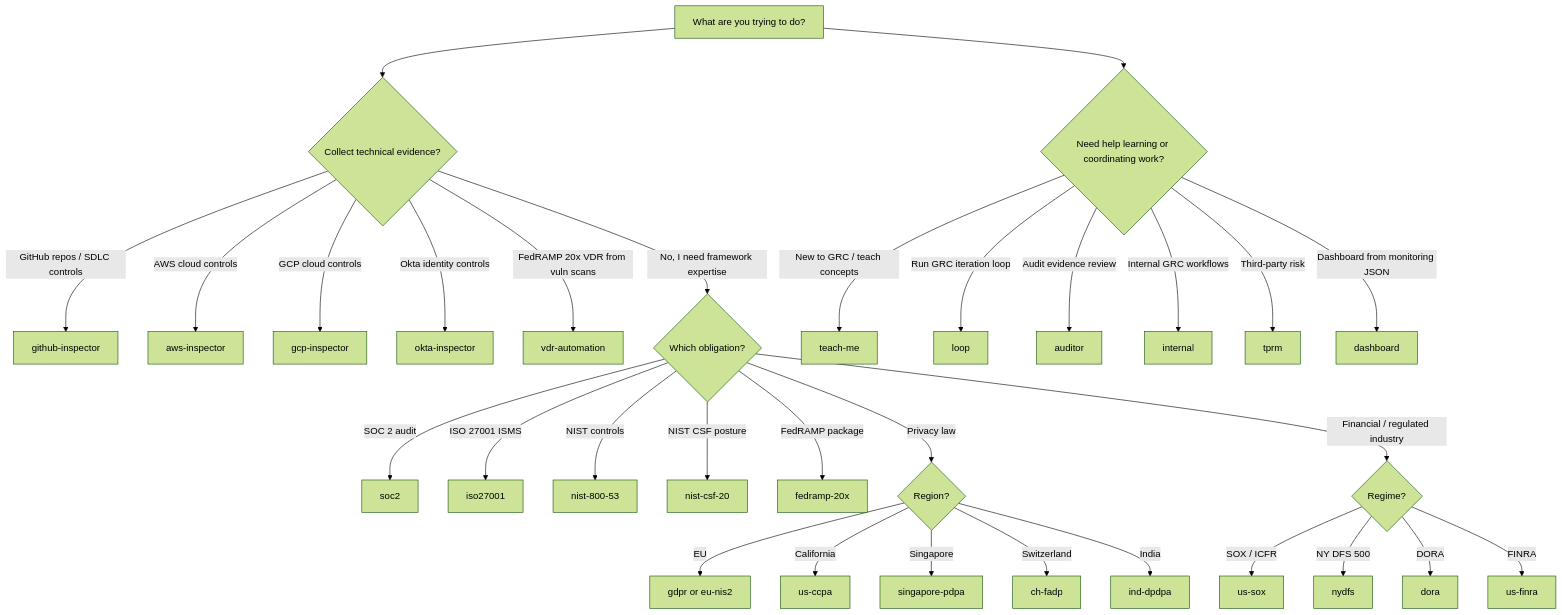
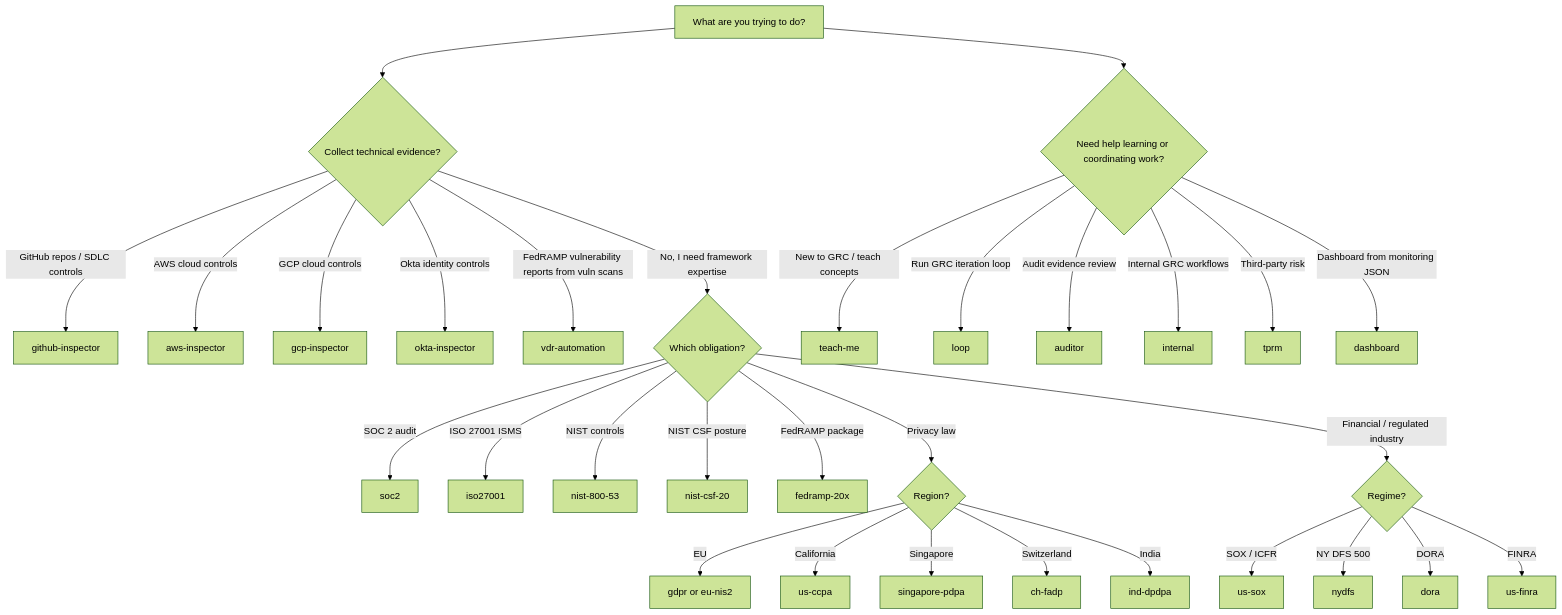
The diagram in docs/QUICKSTART.md (GRCEngClub/claude-grc-engineering), drawn with Mermaid (forest theme) before and after one commit. The commit also changed 35 other files, not shown here.

First line of the commit message:
docs: align FedRAMP statements with the Consolidated Rules for 2026 (#308)

````diff
--- a/docs/QUICKSTART.md
+++ b/docs/QUICKSTART.md
@@ -39,37 +39,37 @@
 ```mermaid
 flowchart TD
     A[What are you trying to do?] --> B{Collect technical evidence?}
     B -->|GitHub repos / SDLC controls| GH[github-inspector]
     B -->|AWS cloud controls| AWS[aws-inspector]
     B -->|GCP cloud controls| GCP[gcp-inspector]
     B -->|Okta identity controls| OKTA[okta-inspector]
-    B -->|FedRAMP 20x VDR from vuln scans| VDR[vdr-automation]
+    B -->|FedRAMP vulnerability reports from vuln scans| VDR[vdr-automation]
     B -->|No, I need framework expertise| C{Which obligation?}
 
     C -->|SOC 2 audit| SOC2[soc2]
     C -->|ISO 27001 ISMS| ISO[iso27001]
     C -->|NIST controls| NIST[nist-800-53]
     C -->|NIST CSF posture| CSF[nist-csf-20]
     C -->|FedRAMP package| FED[fedramp-20x]
     C -->|Privacy law| PRIV{Region?}
     C -->|Financial / regulated industry| FIN{Regime?}
 
     PRIV -->|EU| GDPR[gdpr or eu-nis2]
     PRIV -->|California| CCPA[us-ccpa]
     PRIV -->|Singapore| PDPA[singapore-pdpa]
     PRIV -->|Switzerland| FADP[ch-fadp]
     PRIV -->|India| DPDPA[ind-dpdpa]
 
     FIN -->|SOX / ICFR| SOX[us-sox]
     FIN -->|NY DFS 500| NYDFS[nydfs]
     FIN -->|DORA| DORA[dora]
     FIN -->|FINRA| FINRA[us-finra]
 
     A --> D{Need help learning or coordinating work?}
     D -->|New to GRC / teach concepts| TEACH[teach-me]
     D -->|Run GRC iteration loop| LOOP[loop]
     D -->|Audit evidence review| AUDIT[auditor]
     D -->|Internal GRC workflows| INTERNAL[internal]
     D -->|Third-party risk| TPRM[tprm]
     D -->|Dashboard from monitoring JSON| DASH[dashboard]
 ```
````
